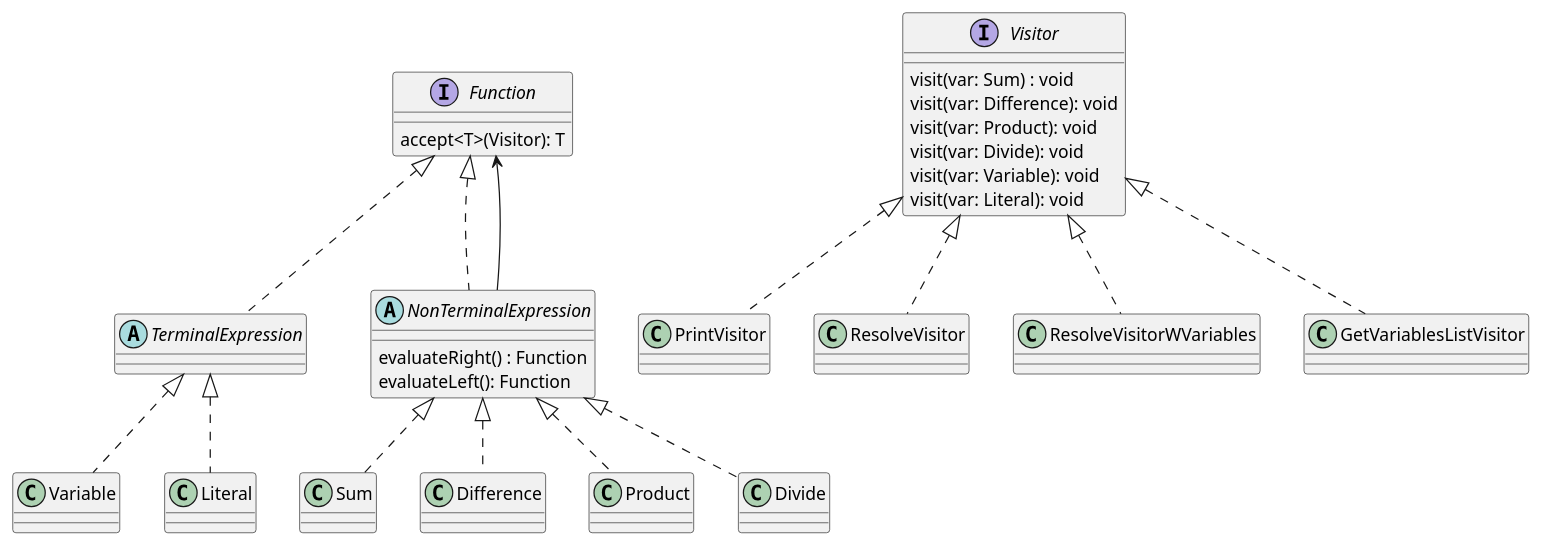
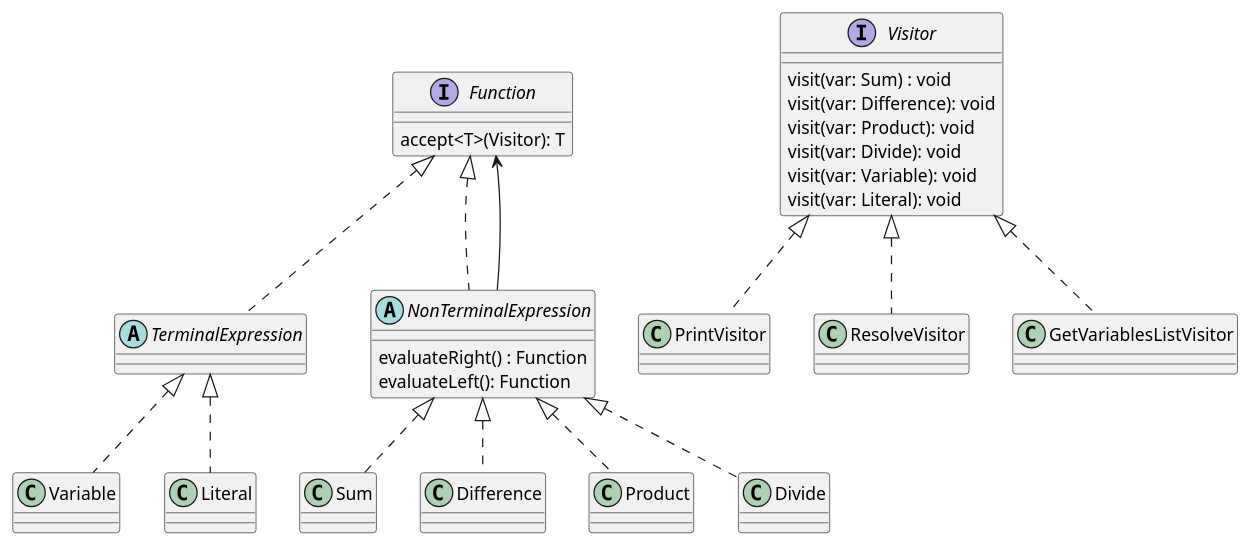
One commit to constanzalasarte/formula changed the diagram in diagrams/visitor.puml. Above: the diagram before and after it, drawn with PlantUML. The commit also changed 39 other files, not shown here.

```diff
--- a/diagrams/visitor.puml
+++ b/diagrams/visitor.puml
@@ -1,35 +1,33 @@
 @startuml
 interface Function {
     accept<T>(Visitor): T
 }
 abstract class TerminalExpression implements Function {}
 class Variable implements TerminalExpression {}
 class Literal implements TerminalExpression {}
 abstract class NonTerminalExpression implements Function {
     evaluateRight() : Function
     evaluateLeft(): Function
 }
 class Sum implements NonTerminalExpression{}
 class Difference implements NonTerminalExpression{}
 class Product implements NonTerminalExpression{}
 class Divide implements NonTerminalExpression{}
 
 interface Visitor {
     visit(var: Sum) : void
     visit(var: Difference): void
     visit(var: Product): void
     visit(var: Divide): void
     visit(var: Variable): void
     visit(var: Literal): void
 }
 class PrintVisitor implements Visitor{
 }
 class ResolveVisitor implements Visitor{
 }
-class ResolveVisitorWVariables implements Visitor{
-}
 class GetVariablesListVisitor implements Visitor{
 }
 
 NonTerminalExpression --> Function
 @enduml
```
